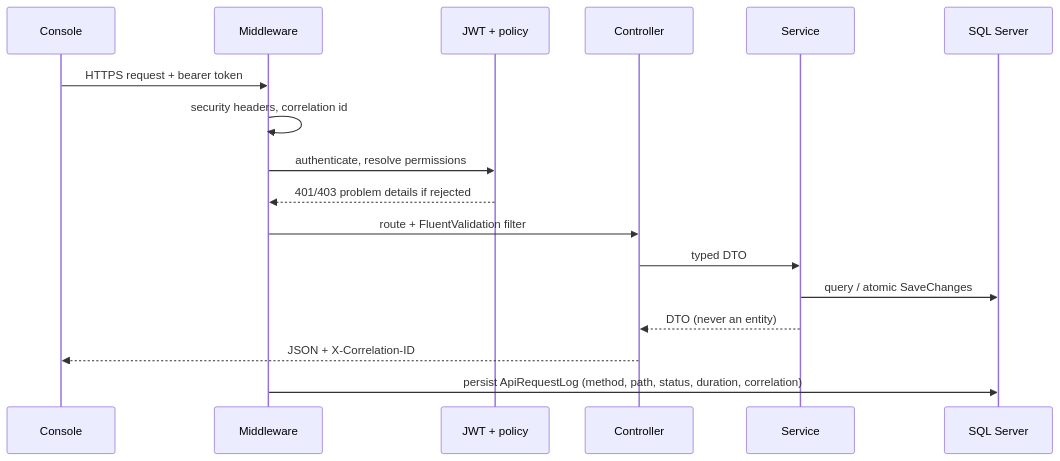
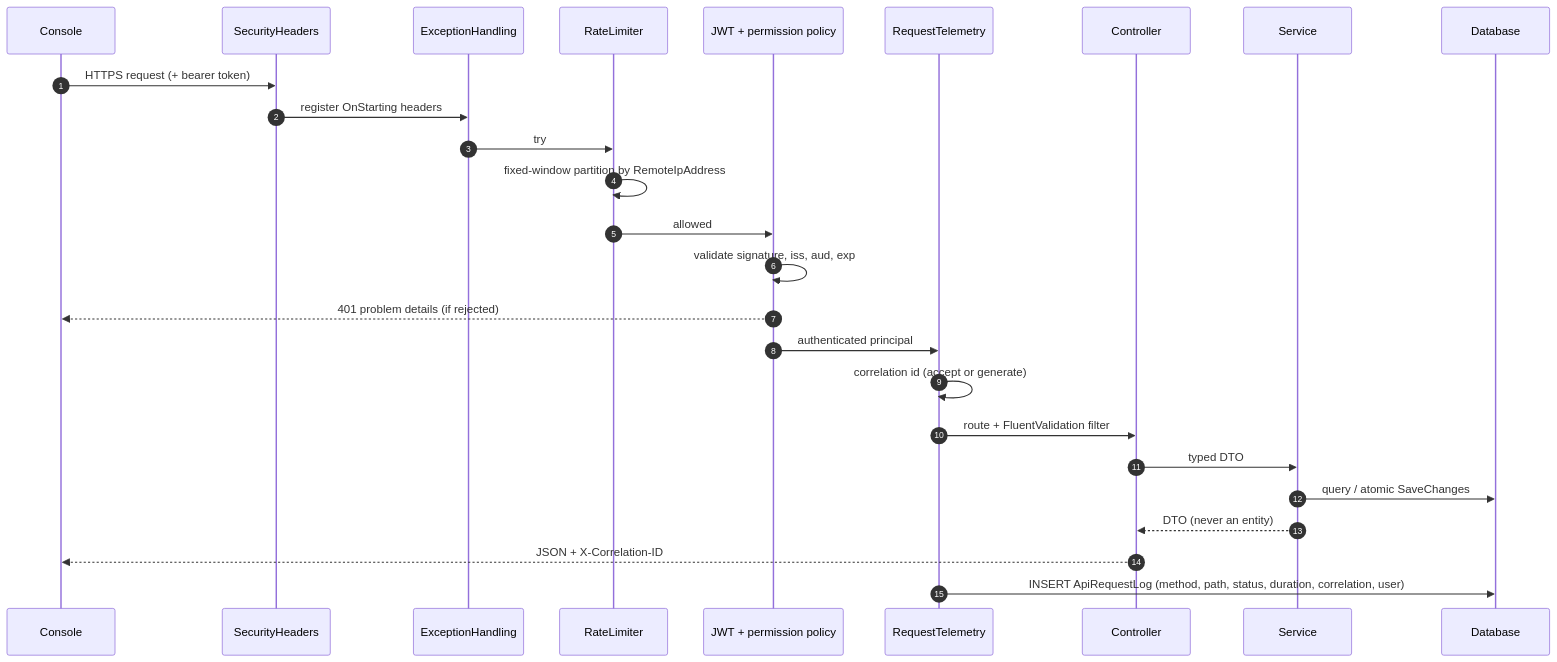
One commit to Rutuja-Shukla/NexusBank-Enterprise-Intelligence-Platform changed the fourth of 12 diagrams in docs/ARCHITECTURE.md. Above: the diagram before and after it, drawn with Mermaid. The commit also changed other lines of this file and 20 other files, not shown here.

````diff
--- a/docs/ARCHITECTURE.md
+++ b/docs/ARCHITECTURE.md
@@ -79,20 +187,29 @@
 ```mermaid
 sequenceDiagram
+    autonumber
     participant C as Console
-    participant MW as Middleware
-    participant AU as JWT + policy
+    participant SH as SecurityHeaders
+    participant EX as ExceptionHandling
+    participant RL as RateLimiter
+    participant AU as JWT + permission policy
+    participant TM as RequestTelemetry
     participant CT as Controller
     participant SV as Service
-    participant DB as SQL Server
+    participant DB as Database
 
-    C->>MW: HTTPS request + bearer token
-    MW->>MW: security headers, correlation id
-    MW->>AU: authenticate, resolve permissions
-    AU-->>MW: 401/403 problem details if rejected
-    MW->>CT: route + FluentValidation filter
+    C->>SH: HTTPS request (+ bearer token)
+    SH->>EX: register OnStarting headers
+    EX->>RL: try
+    RL->>RL: fixed-window partition by RemoteIpAddress
+    RL->>AU: allowed
+    AU->>AU: validate signature, iss, aud, exp
+    AU-->>C: 401 problem details (if rejected)
+    AU->>TM: authenticated principal
+    TM->>TM: correlation id (accept or generate)
+    TM->>CT: route + FluentValidation filter
     CT->>SV: typed DTO
     SV->>DB: query / atomic SaveChanges
     SV-->>CT: DTO (never an entity)
     CT-->>C: JSON + X-Correlation-ID
-    MW->>DB: persist ApiRequestLog (method, path, status, duration, correlation)
+    TM->>DB: INSERT ApiRequestLog (method, path, status, duration, correlation, user)
 ```
````
